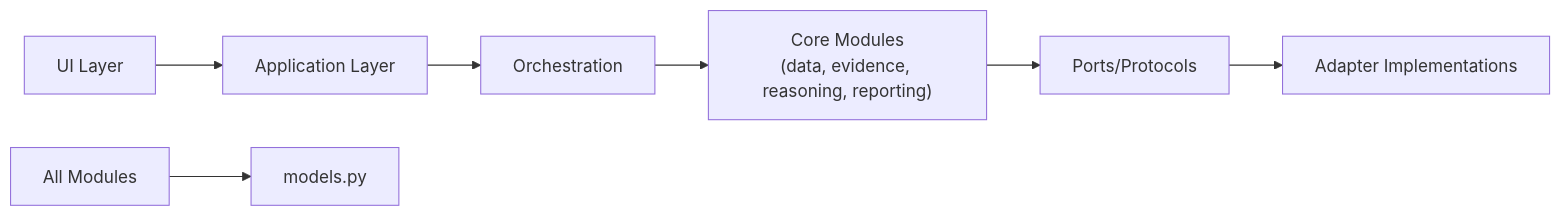
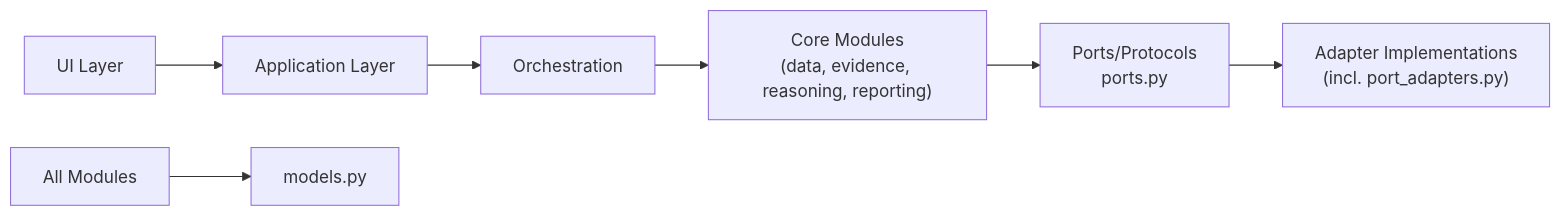
The second of 6 diagrams in .agents/summary/architecture.md (kevinzeroCode/hoya-bit-hackathon-agent), drawn with Mermaid before and after one commit. The commit also changed other lines of this file and 16 other files, not shown here.

````diff
--- a/.agents/summary/architecture.md
+++ b/.agents/summary/architecture.md
@@ -73,9 +76,9 @@
 ```mermaid
 flowchart LR
     UI["UI Layer"] --> App["Application Layer"]
     App --> Orch["Orchestration"]
     Orch --> Core["Core Modules<br/>(data, evidence, reasoning, reporting)"]
-    Core --> Ports["Ports/Protocols"]
-    Ports --> Adapters["Adapter Implementations"]
+    Core --> Ports["Ports/Protocols<br/>ports.py"]
+    Ports --> Adapters["Adapter Implementations<br/>(incl. port_adapters.py)"]
     All["All Modules"] --> Models["models.py"]
 ```
````
